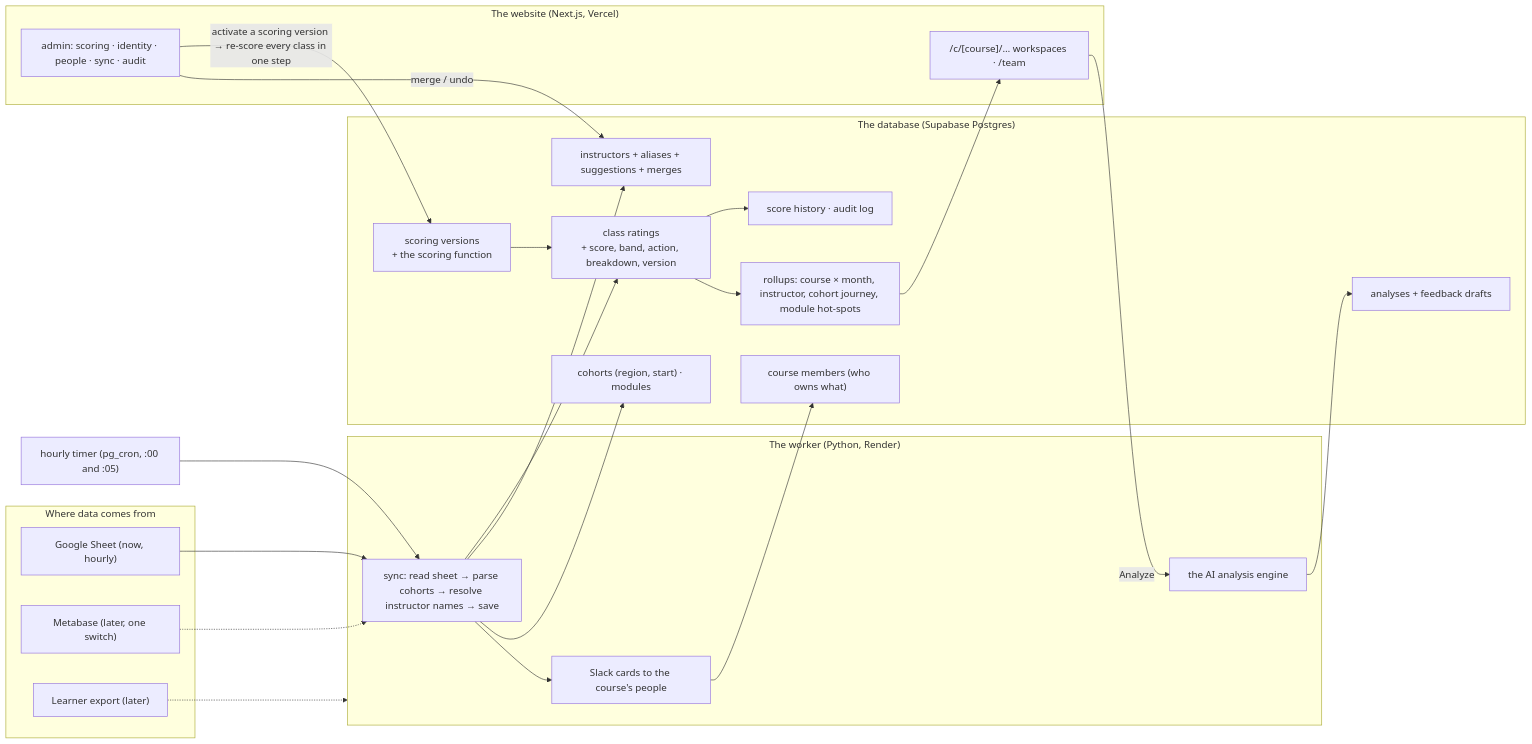
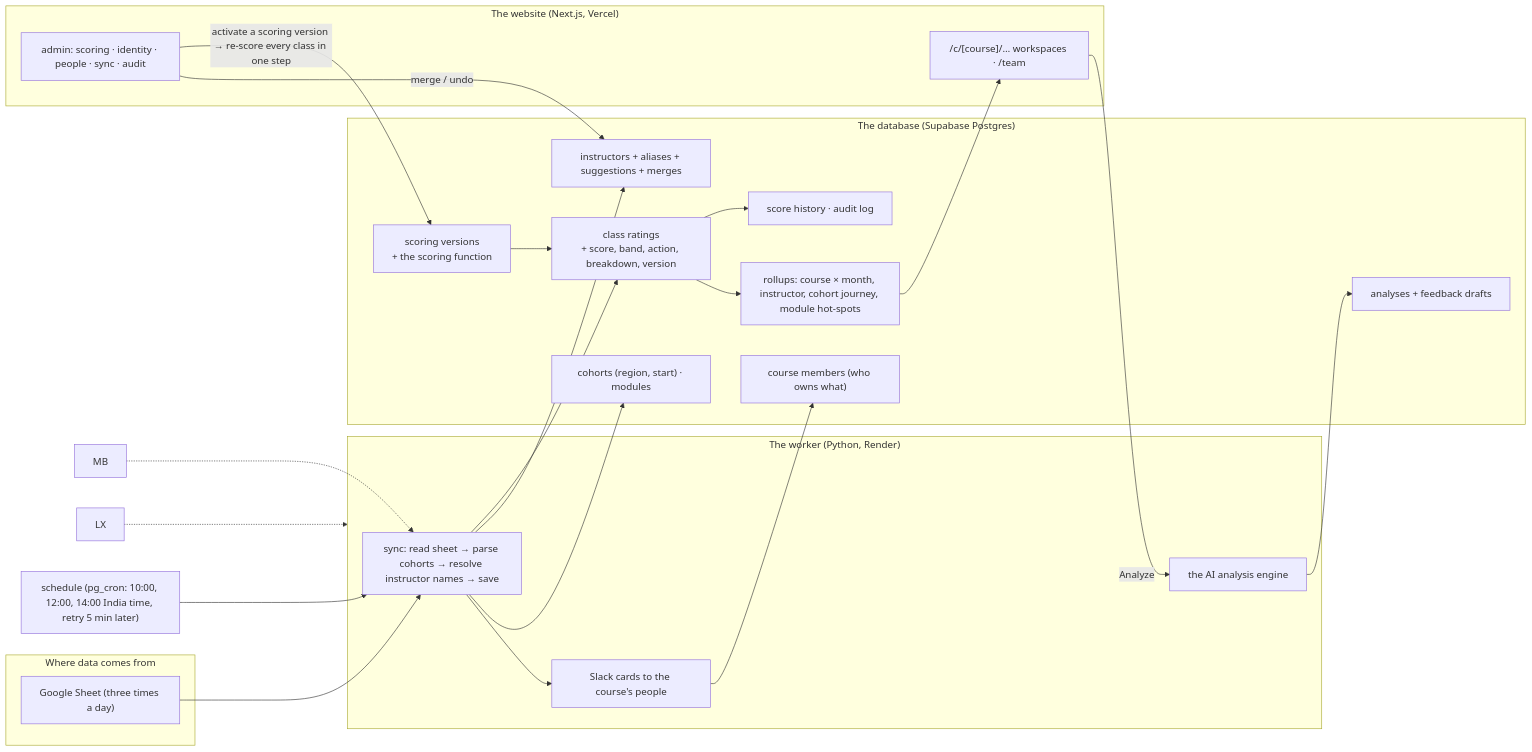
Before and after one commit to new-programs-ik/Feedback-Loop: the first of 2 diagrams in docs/HOW_IT_WORKS.md, drawn with Mermaid. The commit also changed other lines of this file and 12 other files, not shown here.

````diff
--- a/docs/HOW_IT_WORKS.md
+++ b/docs/HOW_IT_WORKS.md
@@ -56,40 +56,38 @@
 ```mermaid
 flowchart LR
   subgraph SRC["Where data comes from"]
-    GS["Google Sheet (now, hourly)"]
-    MB["Metabase (later, one switch)"]
-    LX["Learner export (later)"]
+    GS["Google Sheet (three times a day)"]
   end
   subgraph WK["The worker (Python, Render)"]
     SY["sync: read sheet → parse cohorts → resolve instructor names → save"]
     NT["Slack cards to the course's people"]
     ENG["the AI analysis engine"]
   end
   subgraph DB["The database (Supabase Postgres)"]
     CFG["scoring versions<br/>+ the scoring function"]
     CR["class ratings<br/>+ score, band, action, breakdown, version"]
     ID["instructors + aliases + suggestions + merges"]
     CO["cohorts (region, start) · modules"]
     CM["course members (who owns what)"]
     V["rollups: course × month, instructor, cohort journey, module hot-spots"]
     HIST["score history · audit log"]
     AN["analyses + feedback drafts"]
   end
   subgraph WEB["The website (Next.js, Vercel)"]
     WS["/c/[course]/… workspaces · /team"]
     ADM["admin: scoring · identity · people · sync · audit"]
   end
   GS --> SY
   MB -.-> SY
   LX -.-> WK
   SY --> CR
   SY --> ID
   SY --> CO
   CFG --> CR --> HIST
   CR --> V --> WS
   ADM -- "activate a scoring version → re-score every class in one step" --> CFG
   ADM -- "merge / undo" --> ID
   SY --> NT --> CM
-  CRON["hourly timer (pg_cron, :00 and :05)"] --> SY
+  CRON["schedule (pg_cron: 10:00, 12:00, 14:00 India time, retry 5 min later)"] --> SY
   WS -- "Analyze" --> ENG --> AN
 ```
````
